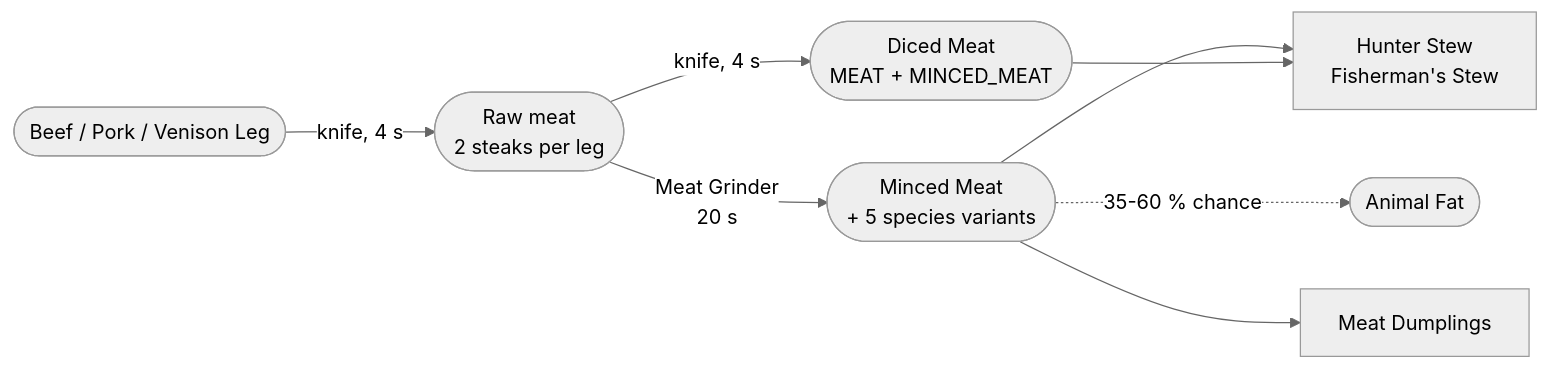
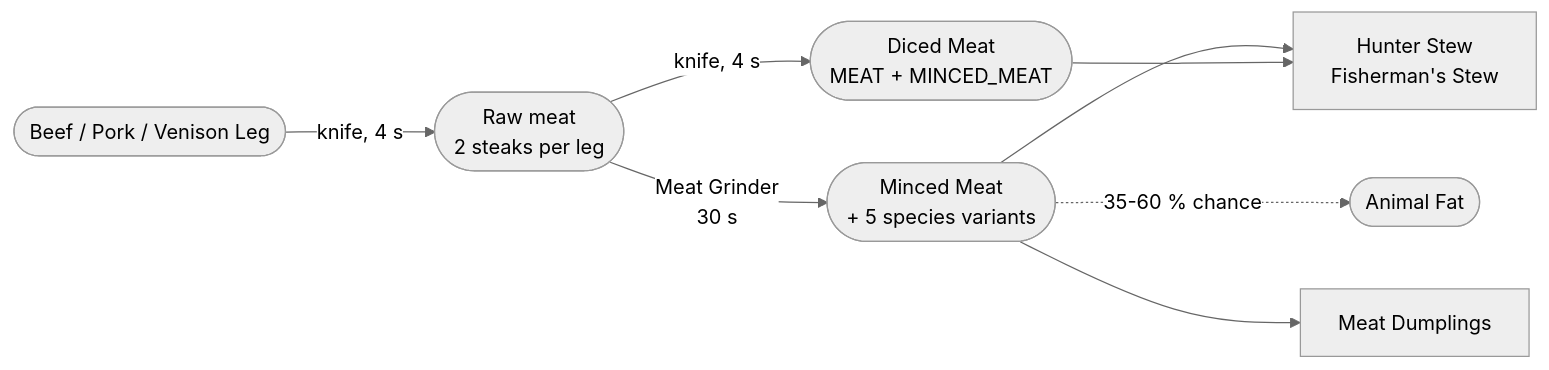
The seventh of 13 diagrams in ChefZ_Wiki/Production-Chains.md (Psyern/Psyerns_ChefZ), drawn with Mermaid (neutral theme) before and after one commit. The commit also changed other lines of this file and 8 other files, not shown here.

````diff
--- a/ChefZ_Wiki/Production-Chains.md
+++ b/ChefZ_Wiki/Production-Chains.md
@@ -220,10 +220,10 @@
 ```mermaid
 graph LR
   LG(["Beef / Pork / Venison Leg"]) -->|"knife, 4 s"| RM(["Raw meat<br/>2 steaks per leg"])
   RM -->|"knife, 4 s"| DM(["Diced Meat<br/>MEAT + MINCED_MEAT"])
-  RM -->|"Meat Grinder<br/>20 s"| MM(["Minced Meat<br/>+ 5 species variants"])
+  RM -->|"Meat Grinder<br/>30 s"| MM(["Minced Meat<br/>+ 5 species variants"])
   MM -.->|"35-60 % chance"| AF(["Animal Fat"])
   MM --> ST["Hunter Stew<br/>Fisherman's Stew"]
   DM --> ST
   MM --> MD["Meat Dumplings"]
 ```
````
